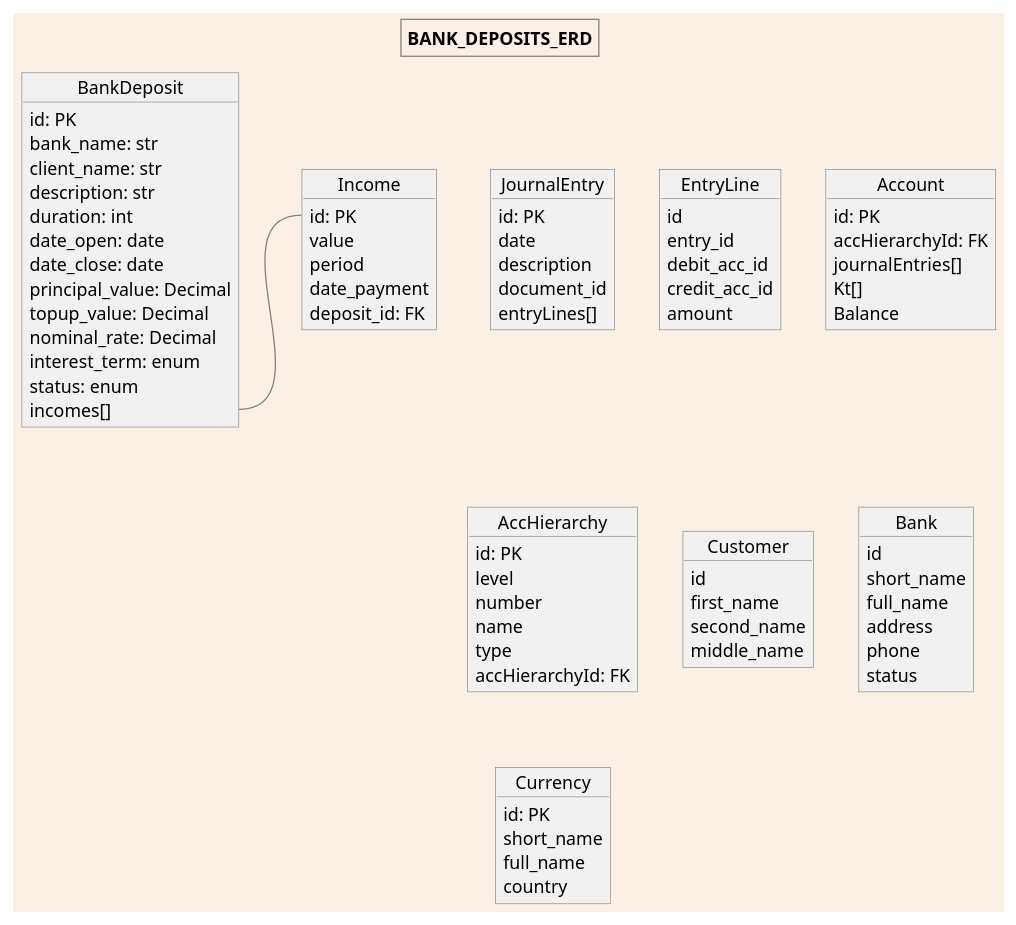
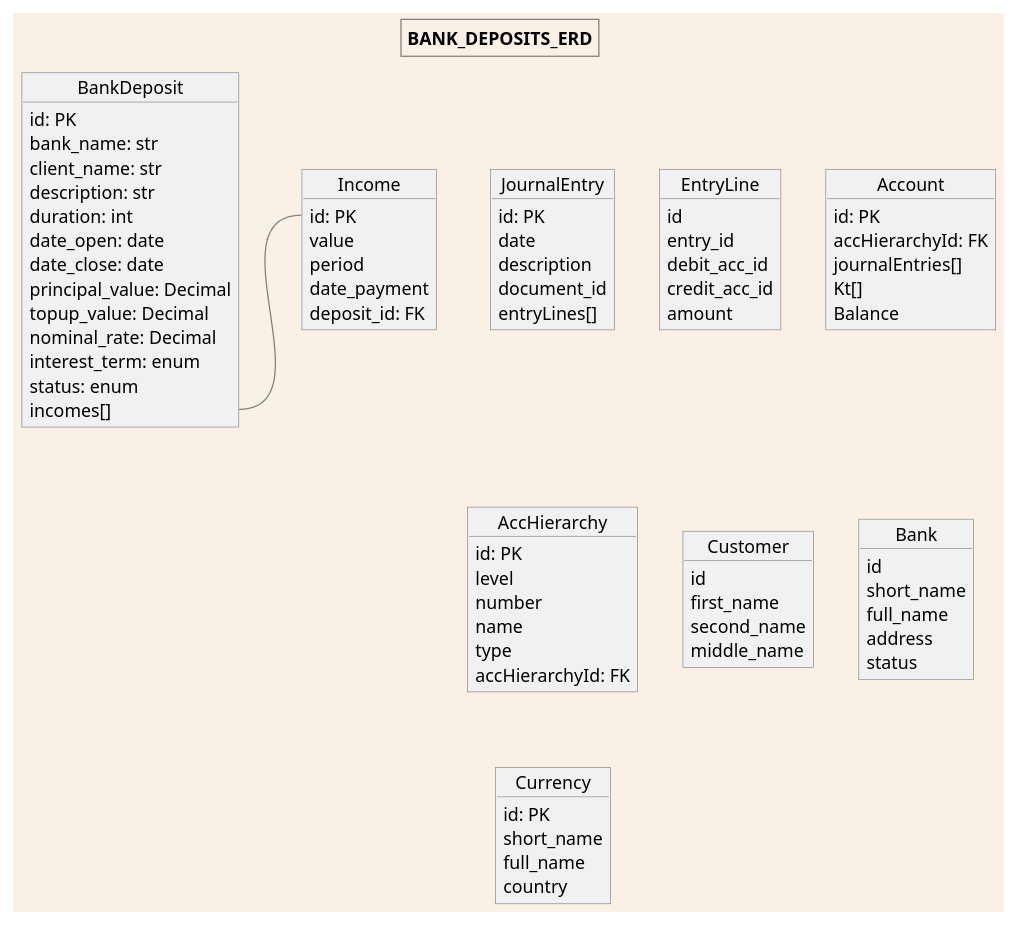
The diagram in erd/deposits.puml (smdyan/depo24), drawn with PlantUML before and after one commit. The commit also changed 5 other files, not shown here.

```diff
--- a/erd/deposits.puml
+++ b/erd/deposits.puml
@@ -1,99 +1,98 @@
 @startuml depo_erd
 'https://plantuml.com/object-diagram
 'Opt+D to Preview
 
 <style>
     document {
         BackGroundColor Linen
     }
     root {
         FontColor #?black:white
         LineColor gray
     }
 </style>
 
 title BANK_DEPOSITS_ERD
 
 object BankDeposit {
     id: PK
     bank_name: str
     client_name: str
     description: str
     duration: int
     date_open: date
     date_close: date
     principal_value: Decimal
     topup_value: Decimal
     nominal_rate: Decimal
     interest_term: enum
     status: enum
     incomes[]
 }
 
 object Income {
     id: PK
     value
     period
     date_payment
     deposit_id: FK
 }
 
 object JournalEntry {
     id: PK
     date
     description
     document_id
     entryLines[]
 }
 
 object EntryLine {
     id
     entry_id
     debit_acc_id
     credit_acc_id
     amount
 }
 
 object  Account {
     id: PK
     accHierarchyId: FK
     journalEntries[]
     Kt[]
     Balance
 }
 
 object AccHierarchy {
     id: PK
     level
     number
     name
     type
     accHierarchyId: FK
 }
 
 object Customer {
     id
     first_name
     second_name
     middle_name
 }
 
 object Bank {
     id
     short_name
     full_name
     address
-    phone
     status
 }
 
 object Currency {
     id: PK
     short_name
     full_name
     country
 }
 
 BankDeposit::income - Income::id
 
 @enduml
```
